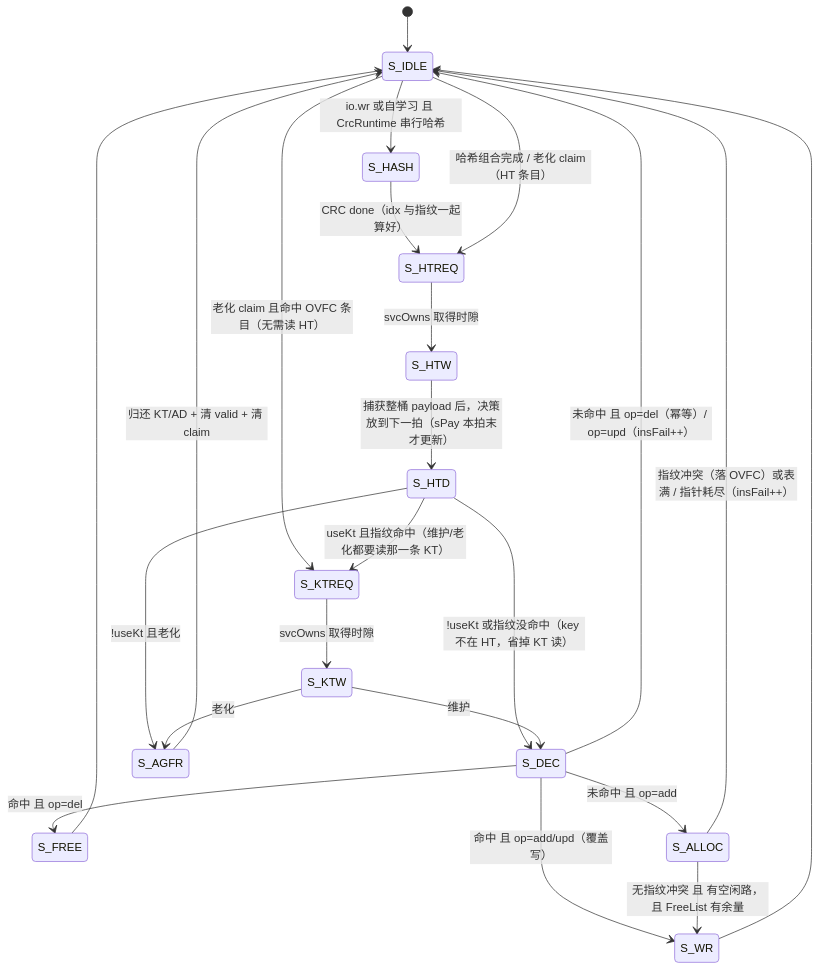
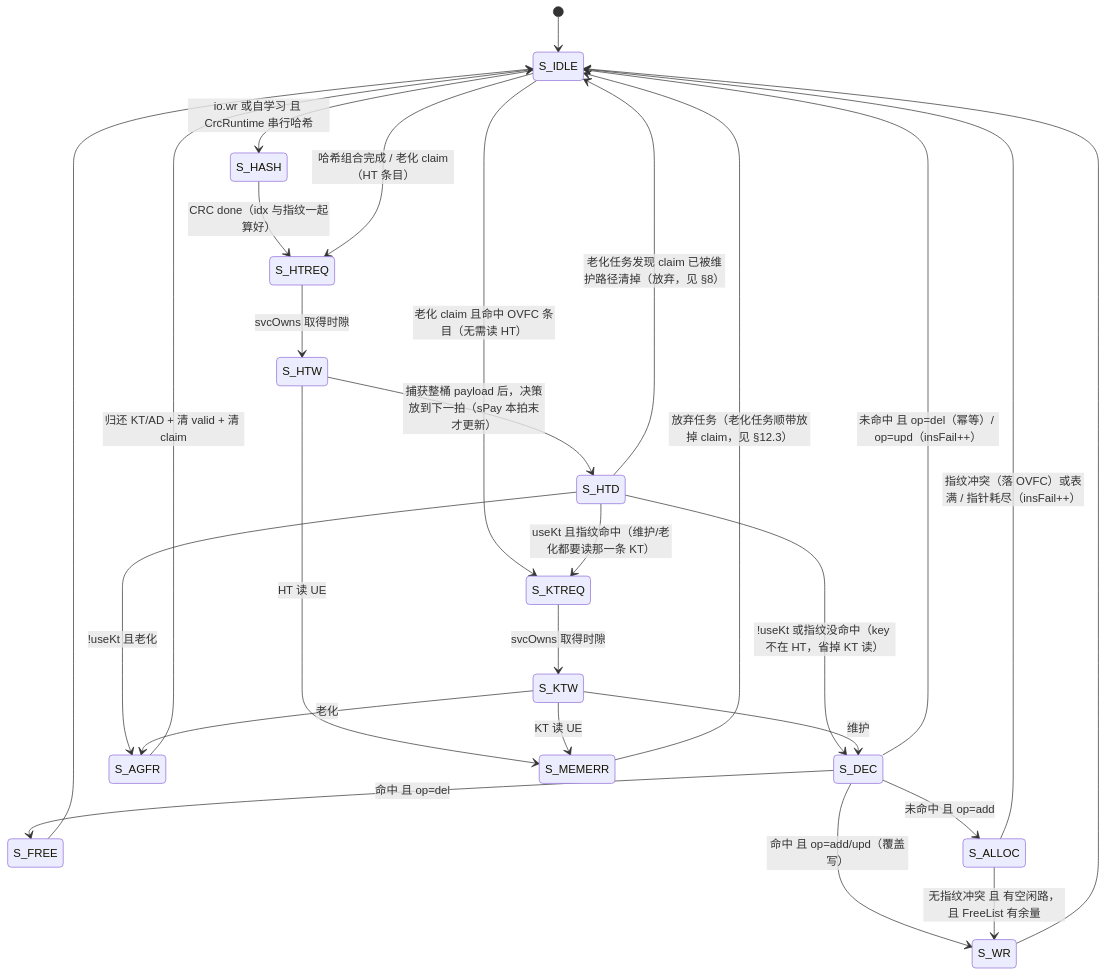
One commit to RuyeeAI/HardwareDesign changed the fifth of 9 diagrams in docs/BaseCbb_设计文档/14_em.md. Above: the diagram before and after it, drawn with Mermaid. The commit also changed other lines of this file and 11 other files, not shown here.

````diff
--- a/docs/BaseCbb_设计文档/14_em.md
+++ b/docs/BaseCbb_设计文档/14_em.md
@@ -312,25 +434,29 @@
 ```mermaid
 stateDiagram-v2
     [*] --> S_IDLE
     S_IDLE --> S_HASH : io.wr 或自学习 且 CrcRuntime 串行哈希
     S_HASH --> S_HTREQ : CRC done（idx 与指纹一起算好）
     S_IDLE --> S_HTREQ : 哈希组合完成 / 老化 claim（HT 条目）
     S_IDLE --> S_KTREQ : 老化 claim 且命中 OVFC 条目（无需读 HT）
     S_HTREQ --> S_HTW : svcOwns 取得时隙
     S_HTW --> S_HTD : 捕获整桶 payload 后，决策放到下一拍（sPay 本拍末才更新）
     S_HTD --> S_KTREQ : useKt 且指纹命中（维护/老化都要读那一条 KT）
     S_HTD --> S_DEC : !useKt 或指纹没命中（key 不在 HT，省掉 KT 读）
     S_HTD --> S_AGFR : !useKt 且老化
+    S_HTD --> S_IDLE : 老化任务发现 claim 已被维护路径清掉（放弃，见 §8）
     S_KTREQ --> S_KTW : svcOwns 取得时隙
     S_KTW --> S_DEC : 维护
     S_KTW --> S_AGFR : 老化
     S_DEC --> S_FREE : 命中 且 op=del
     S_DEC --> S_WR : 命中 且 op=add/upd（覆盖写）
     S_DEC --> S_IDLE : 未命中 且 op=del（幂等）/ op=upd（insFail++）
     S_DEC --> S_ALLOC : 未命中 且 op=add
     S_ALLOC --> S_WR : 无指纹冲突 且 有空闲路，且 FreeList 有余量
     S_ALLOC --> S_IDLE : 指纹冲突（落 OVFC）或表满 / 指针耗尽（insFail++）
     S_WR --> S_IDLE
     S_FREE --> S_IDLE
     S_AGFR --> S_IDLE : 归还 KT/AD + 清 valid + 清 claim
+    S_HTW --> S_MEMERR : HT 读 UE
+    S_KTW --> S_MEMERR : KT 读 UE
+    S_MEMERR --> S_IDLE : 放弃任务（老化任务顺带放掉 claim，见 §12.3）
 ```
````
